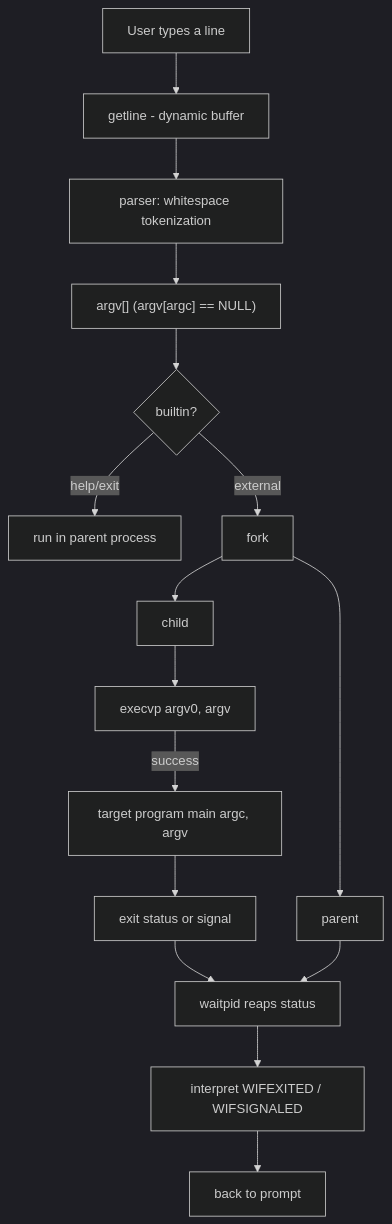
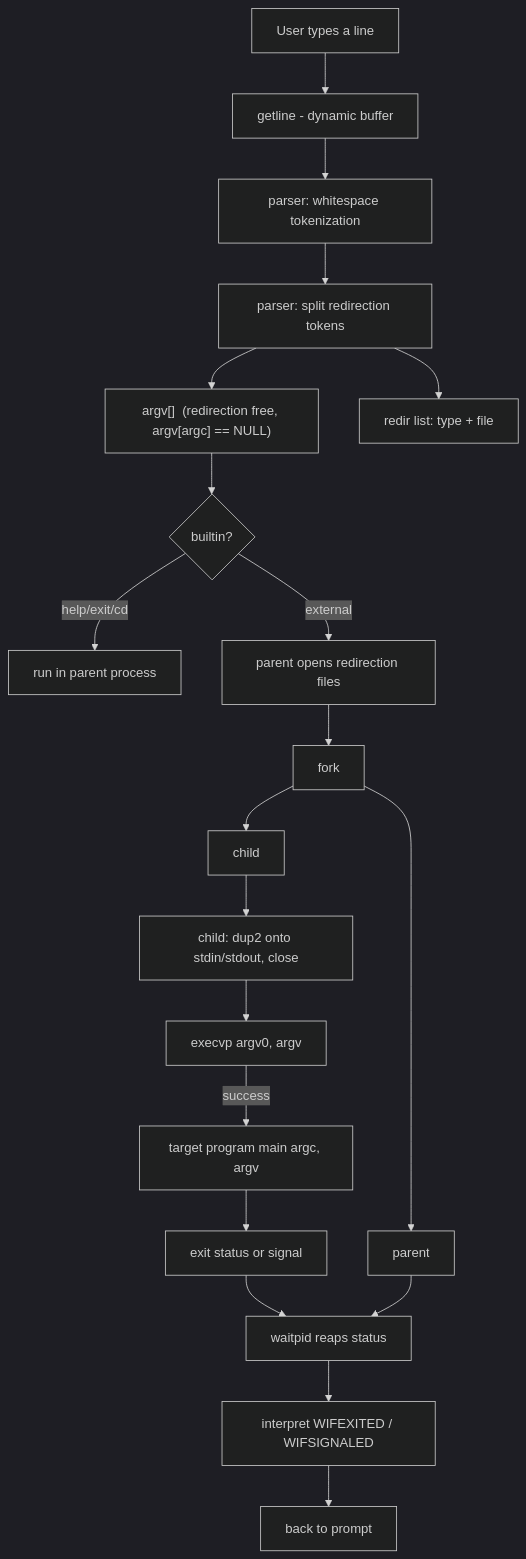
The diagram in docs/architecture.md (karkalashivareddy/Command-Argument-Passing-System), drawn with Mermaid (dark theme) before and after one commit. The commit also changed other lines of this file and 12 other files, not shown here.

````diff
--- a/docs/architecture.md
+++ b/docs/architecture.md
@@ -53,18 +54,22 @@
 ```mermaid
 flowchart TD
     U[User types a line] --> R[getline - dynamic buffer]
     R --> T[parser: whitespace tokenization]
-    T --> A["argv[]  (argv[argc] == NULL)"]
+    T --> RF[parser: split redirection tokens]
+    RF --> A["argv[]  (redirection free, argv[argc] == NULL)"]
+    RF --> RD["redir list: type + file"]
     A --> B{builtin?}
-    B -->|help/exit| BI[run in parent process]
-    B -->|external| P[fork]
+    B -->|help/exit/cd| BI[run in parent process]
+    B -->|external| O[parent opens redirection files]
+    O --> P[fork]
     P --> C[child]
     P --> PA[parent]
-    C --> E[execvp argv0, argv]
+    C --> D[child: dup2 onto stdin/stdout, close]
+    D --> E[execvp argv0, argv]
     E -->|success| TG[target program main argc, argv]
     TG --> S[exit status or signal]
     S --> W[waitpid reaps status]
     PA --> W
-    W --> D[interpret WIFEXITED / WIFSIGNALED]
-    D --> R2[back to prompt]
+    W --> D2[interpret WIFEXITED / WIFSIGNALED]
+    D2 --> R2[back to prompt]
 ```
````
